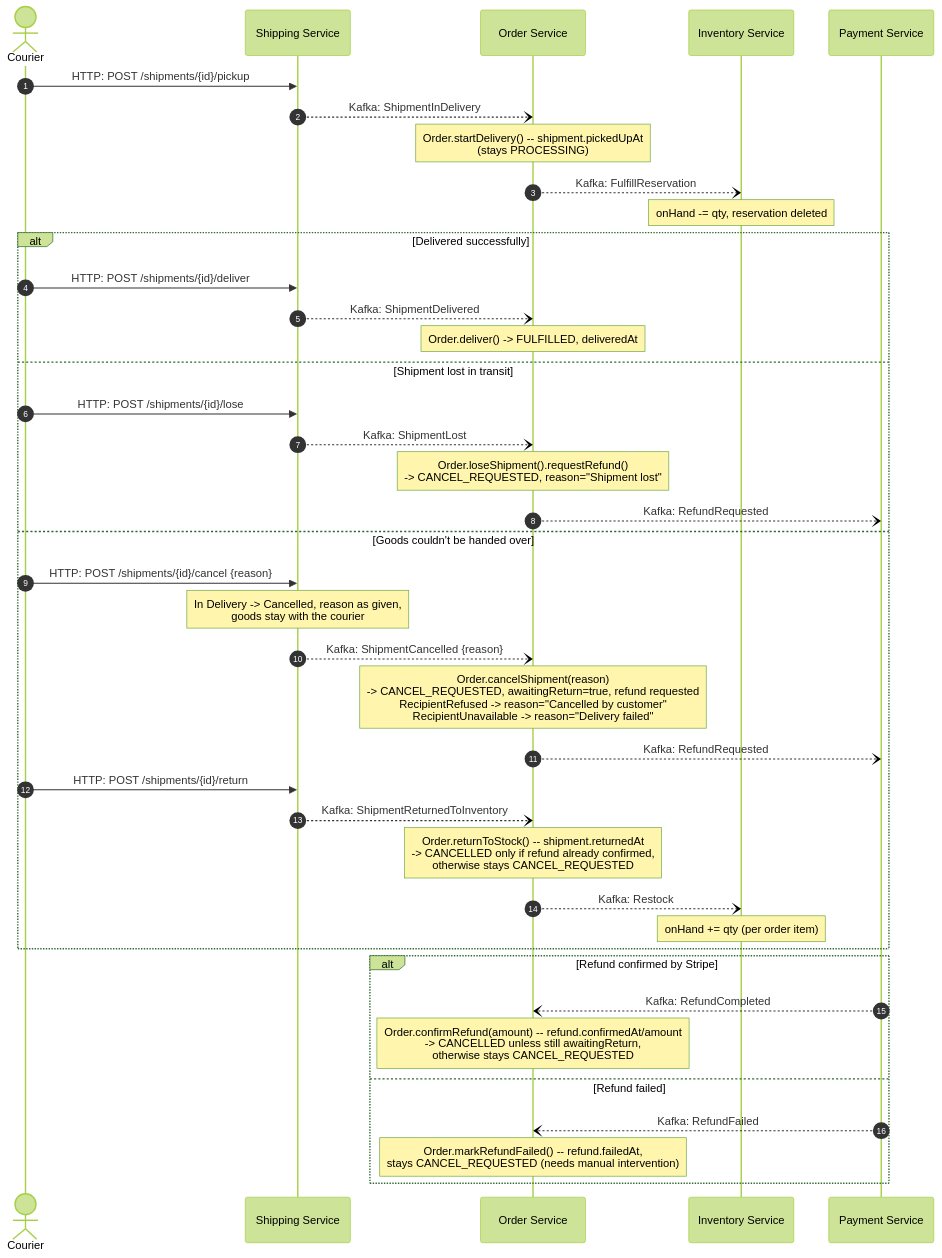
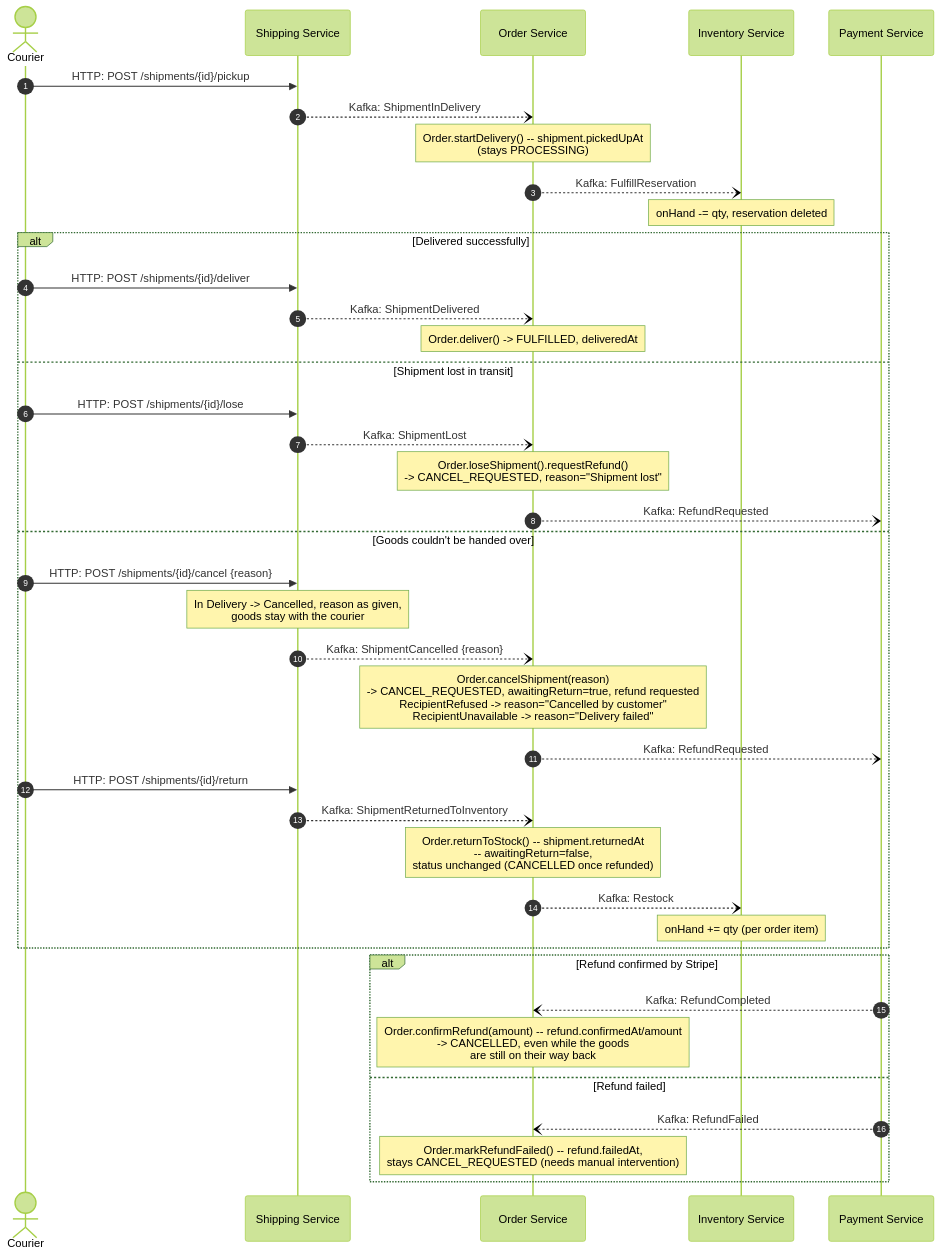
One commit to ihorhartmann/E-commerce-App changed the fourth of 5 diagrams in docs/order_saga.md. Above: the diagram before and after it, drawn with Mermaid (forest theme). The commit also changed other lines of this file and 13 other files, not shown here.

Commit message:
IHO-82 Order lifecycle was adjusted in order to hide goods return to warehouse from a customer

````diff
--- a/docs/order_saga.md
+++ b/docs/order_saga.md
@@ -146,48 +150,48 @@
 ```mermaid
 sequenceDiagram
     autonumber
     actor C as Courier
     participant Sh as Shipping Service
     participant O as Order Service
     participant I as Inventory Service
     participant P as Payment Service
 
     C->>Sh: HTTP: POST /shipments/{id}/pickup
     Sh--)O: Kafka: ShipmentInDelivery
     Note over O: Order.startDelivery() -- shipment.pickedUpAt<br/>(stays PROCESSING)
     O--)I: Kafka: FulfillReservation
     Note over I: onHand -= qty, reservation deleted
 
     alt Delivered successfully
         C->>Sh: HTTP: POST /shipments/{id}/deliver
         Sh--)O: Kafka: ShipmentDelivered
         Note over O: Order.deliver() -> FULFILLED, deliveredAt
 
     else Shipment lost in transit
         C->>Sh: HTTP: POST /shipments/{id}/lose
         Sh--)O: Kafka: ShipmentLost
         Note over O: Order.loseShipment().requestRefund()<br/>-> CANCEL_REQUESTED, reason="Shipment lost"
         O--)P: Kafka: RefundRequested
 
     else Goods couldn't be handed over
         C->>Sh: HTTP: POST /shipments/{id}/cancel {reason}
         Note over Sh: In Delivery -> Cancelled, reason as given,<br/>goods stay with the courier
         Sh--)O: Kafka: ShipmentCancelled {reason}
         Note over O: Order.cancelShipment(reason)<br/>-> CANCEL_REQUESTED, awaitingReturn=true, refund requested<br/>RecipientRefused -> reason="Cancelled by customer"<br/>RecipientUnavailable -> reason="Delivery failed"
         O--)P: Kafka: RefundRequested
 
         C->>Sh: HTTP: POST /shipments/{id}/return
         Sh--)O: Kafka: ShipmentReturnedToInventory
-        Note over O: Order.returnToStock() -- shipment.returnedAt<br/>-> CANCELLED only if refund already confirmed,<br/>otherwise stays CANCEL_REQUESTED
+        Note over O: Order.returnToStock() -- shipment.returnedAt<br/>-- awaitingReturn=false,<br/>status unchanged (CANCELLED once refunded)
         O--)I: Kafka: Restock
         Note over I: onHand += qty (per order item)
     end
 
     alt Refund confirmed by Stripe
         P--)O: Kafka: RefundCompleted
-        Note over O: Order.confirmRefund(amount) -- refund.confirmedAt/amount<br/>-> CANCELLED unless still awaitingReturn,<br/>otherwise stays CANCEL_REQUESTED
+        Note over O: Order.confirmRefund(amount) -- refund.confirmedAt/amount<br/>-> CANCELLED, even while the goods<br/>are still on their way back
     else Refund failed
         P--)O: Kafka: RefundFailed
         Note over O: Order.markRefundFailed() -- refund.failedAt,<br/>stays CANCEL_REQUESTED (needs manual intervention)
     end
 ```
````
